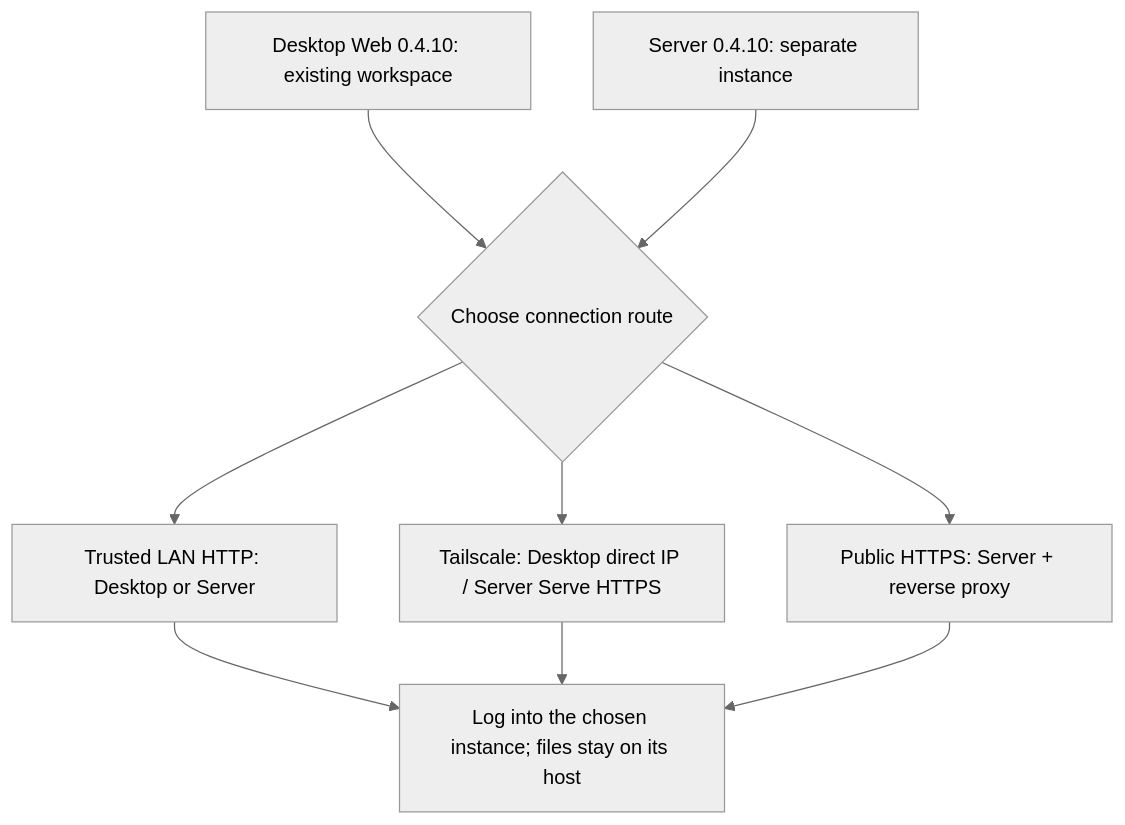
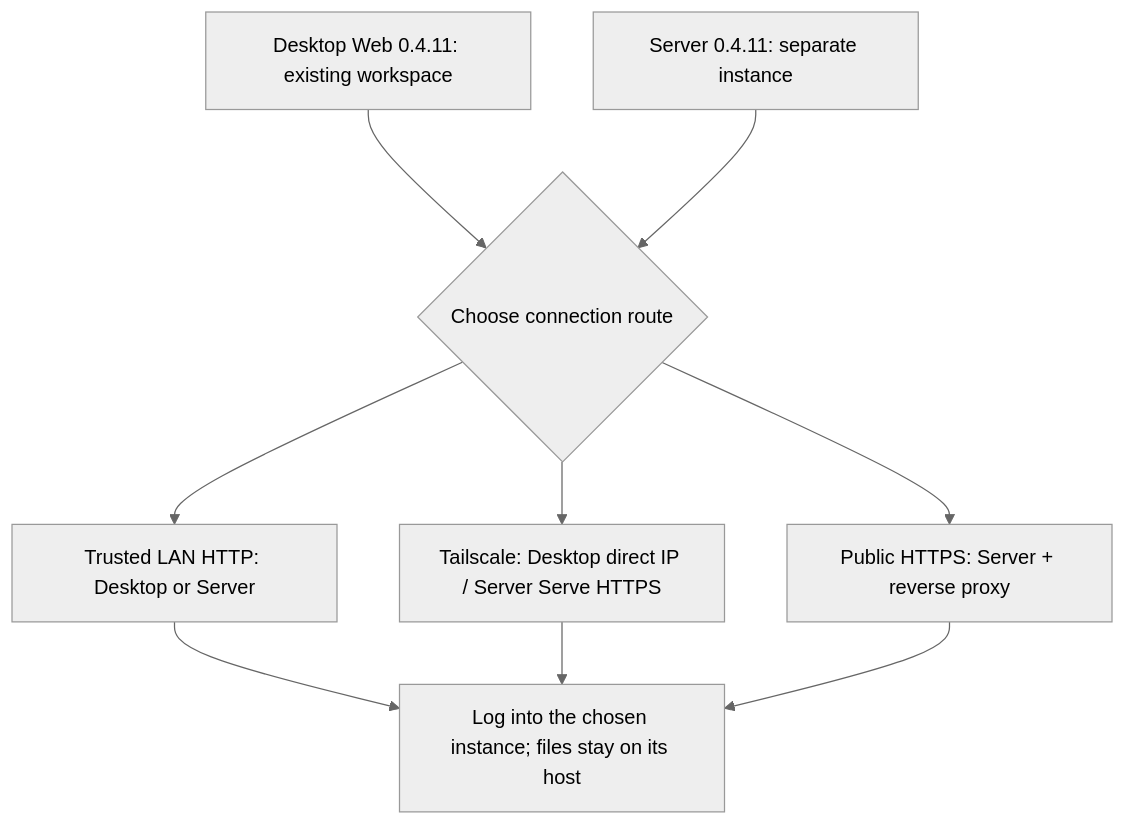
One commit to 123eyu/rovai-ai changed the diagram in website/site/public/assets/diagrams/deployment-choice-en.mmd. Above: the diagram before and after it, drawn with Mermaid (neutral theme). The commit also changed 11 other files, not shown here.

```diff
--- a/website/site/public/assets/diagrams/deployment-choice-en.mmd
+++ b/website/site/public/assets/diagrams/deployment-choice-en.mmd
@@ -1,12 +1,12 @@
 flowchart TB
-  desktop["Desktop Web 0.4.10: existing workspace"]
-  server["Server 0.4.10: separate instance"]
+  desktop["Desktop Web 0.4.11: existing workspace"]
+  server["Server 0.4.11: separate instance"]
   choice{"Choose connection route"}
   desktop --> choice
   server --> choice
   choice --> lan["Trusted LAN HTTP: Desktop or Server"]
   choice --> ts["Tailscale: Desktop direct IP / Server Serve HTTPS"]
   choice --> public["Public HTTPS: Server + reverse proxy"]
   lan --> login["Log into the chosen instance; files stay on its host"]
   ts --> login
   public --> login
```
